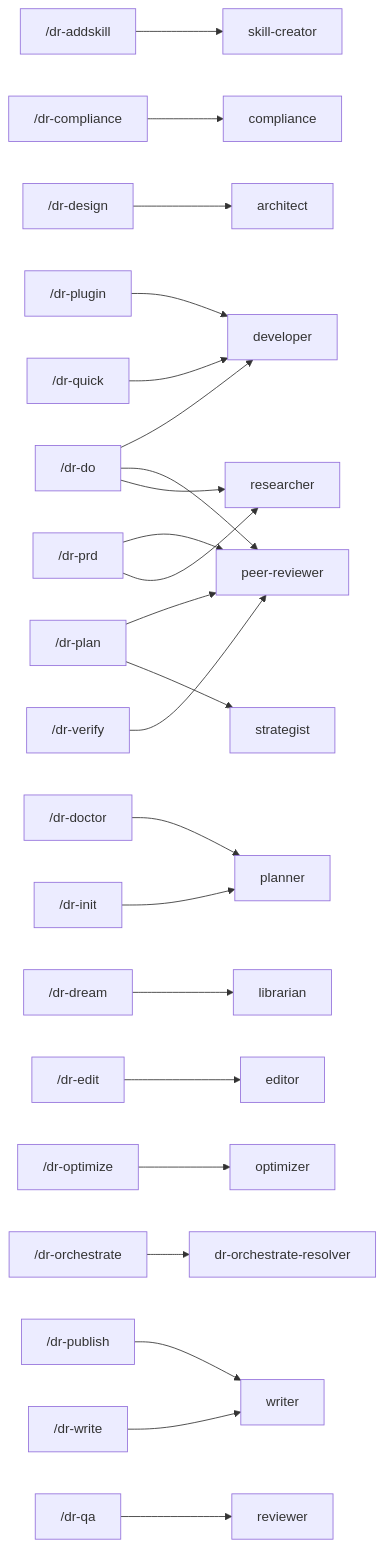
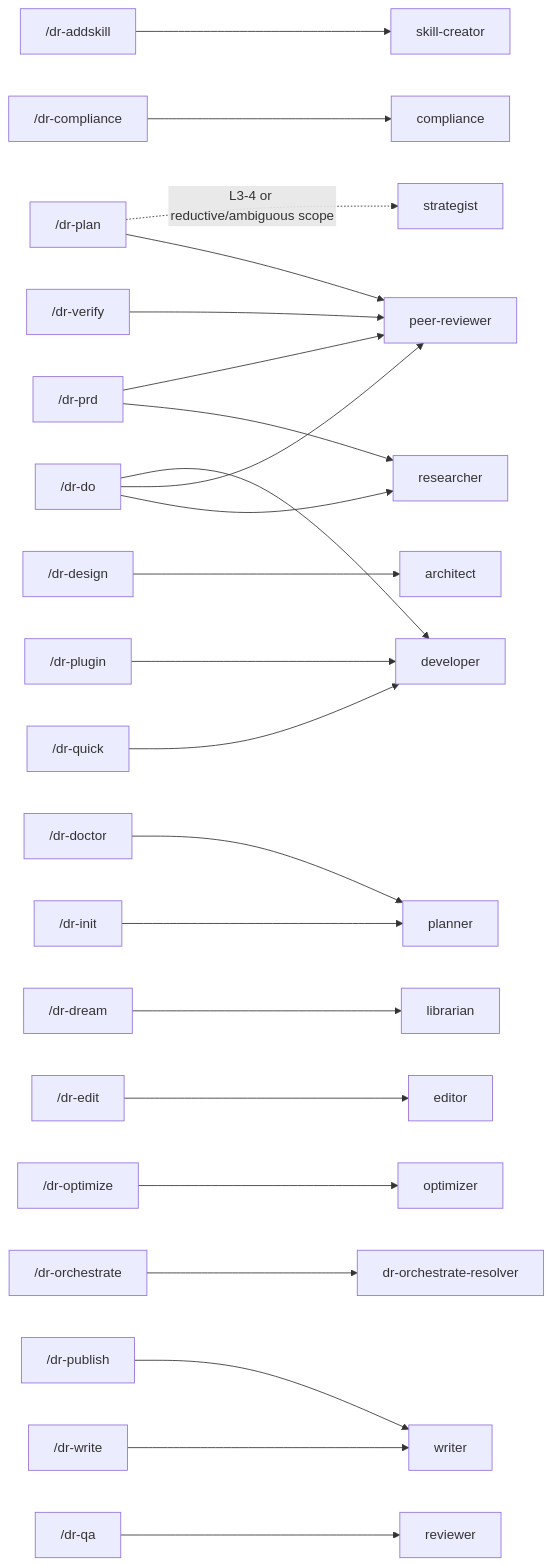
The first of 2 diagrams in skills/visual-maps/framework-architecture.md (Arcanada-one/datarim), drawn with Mermaid before and after one commit. The commit also changed 10 other files, not shown here.

````diff
--- a/skills/visual-maps/framework-architecture.md
+++ b/skills/visual-maps/framework-architecture.md
@@ -9,25 +9,25 @@
 ```mermaid
 graph LR
+    C_dr_plan["/dr-plan"] -.->|"L3-4 or reductive/ambiguous scope"| A_strategist["strategist"]
     C_dr_addskill["/dr-addskill"] --> A_skill_creator["skill-creator"]
     C_dr_compliance["/dr-compliance"] --> A_compliance["compliance"]
     C_dr_design["/dr-design"] --> A_architect["architect"]
     C_dr_do["/dr-do"] --> A_developer["developer"]
     C_dr_do["/dr-do"] --> A_peer_reviewer["peer-reviewer"]
     C_dr_do["/dr-do"] --> A_researcher["researcher"]
     C_dr_doctor["/dr-doctor"] --> A_planner["planner"]
     C_dr_dream["/dr-dream"] --> A_librarian["librarian"]
     C_dr_edit["/dr-edit"] --> A_editor["editor"]
     C_dr_init["/dr-init"] --> A_planner["planner"]
     C_dr_optimize["/dr-optimize"] --> A_optimizer["optimizer"]
     C_dr_orchestrate["/dr-orchestrate"] --> A_dr_orchestrate_resolver["dr-orchestrate-resolver"]
     C_dr_plan["/dr-plan"] --> A_peer_reviewer["peer-reviewer"]
-    C_dr_plan["/dr-plan"] --> A_strategist["strategist"]
     C_dr_plugin["/dr-plugin"] --> A_developer["developer"]
     C_dr_prd["/dr-prd"] --> A_peer_reviewer["peer-reviewer"]
     C_dr_prd["/dr-prd"] --> A_researcher["researcher"]
     C_dr_publish["/dr-publish"] --> A_writer["writer"]
     C_dr_qa["/dr-qa"] --> A_reviewer["reviewer"]
     C_dr_quick["/dr-quick"] --> A_developer["developer"]
     C_dr_verify["/dr-verify"] --> A_peer_reviewer["peer-reviewer"]
     C_dr_write["/dr-write"] --> A_writer["writer"]
 ```
````
